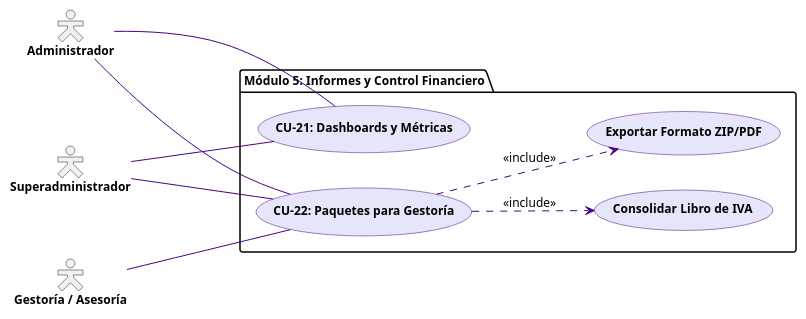
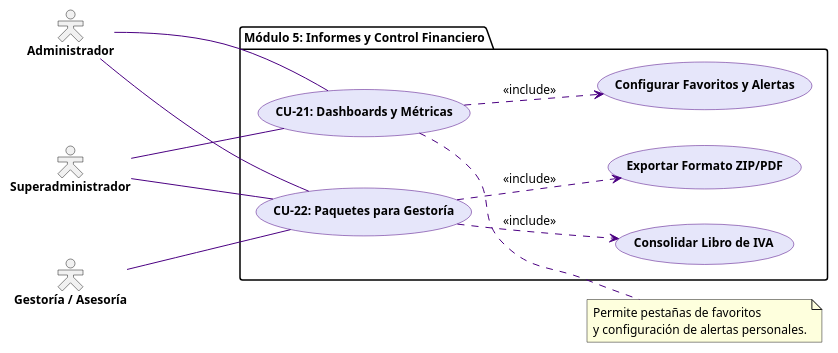
The diagram in doc/src/diagramas-uml/Modulo5IPC.pu (itsGuty/gatitos), drawn with PlantUML before and after one commit. The commit also changed 4 other files, not shown here.

First line of the commit message:
UpdatedDiagramsCode

```diff
--- a/doc/src/diagramas-uml/Modulo5IPC.pu
+++ b/doc/src/diagramas-uml/Modulo5IPC.pu
@@ -1,42 +1,49 @@
 @startuml
 skinparam actorStyle hollow
 skinparam defaultFontColor black
 skinparam defaultFontSize 12
 
 skinparam usecase {
   BackgroundColor #E6E6FA
   BorderColor #4B0082
   ArrowColor #4B0082
   FontColor black
   FontStyle bold
 }
 
 skinparam actor {
   FontColor black
   FontStyle bold
 }
 
 left to right direction
 
 actor "Administrador" as Admin
 actor "Superadministrador" as SuperAdmin
 actor "Gestoría / Asesoría" as Gestoria
 
 package "Módulo 5: Informes y Control Financiero" {
   usecase "CU-21: Dashboards y Métricas" as CU21
   usecase "CU-22: Paquetes para Gestoría" as CU22
   
   usecase "Consolidar Libro de IVA" as TaxLedger
   usecase "Exportar Formato ZIP/PDF" as ExportPackage
+  usecase "Configurar Favoritos y Alertas" as ConfigFavorites
 }
 
 Admin --- CU21
 Admin --- CU22
 SuperAdmin --- CU21
 SuperAdmin --- CU22
 Gestoria --- CU22
 
 CU22 ..> TaxLedger : <<include>>
 CU22 ..> ExportPackage : <<include>>
+CU21 ..> ConfigFavorites : <<include>>
+
+note right of CU21
+  Permite pestañas de favoritos
+  y configuración de alertas personales.
+end note
 
 @enduml
```
